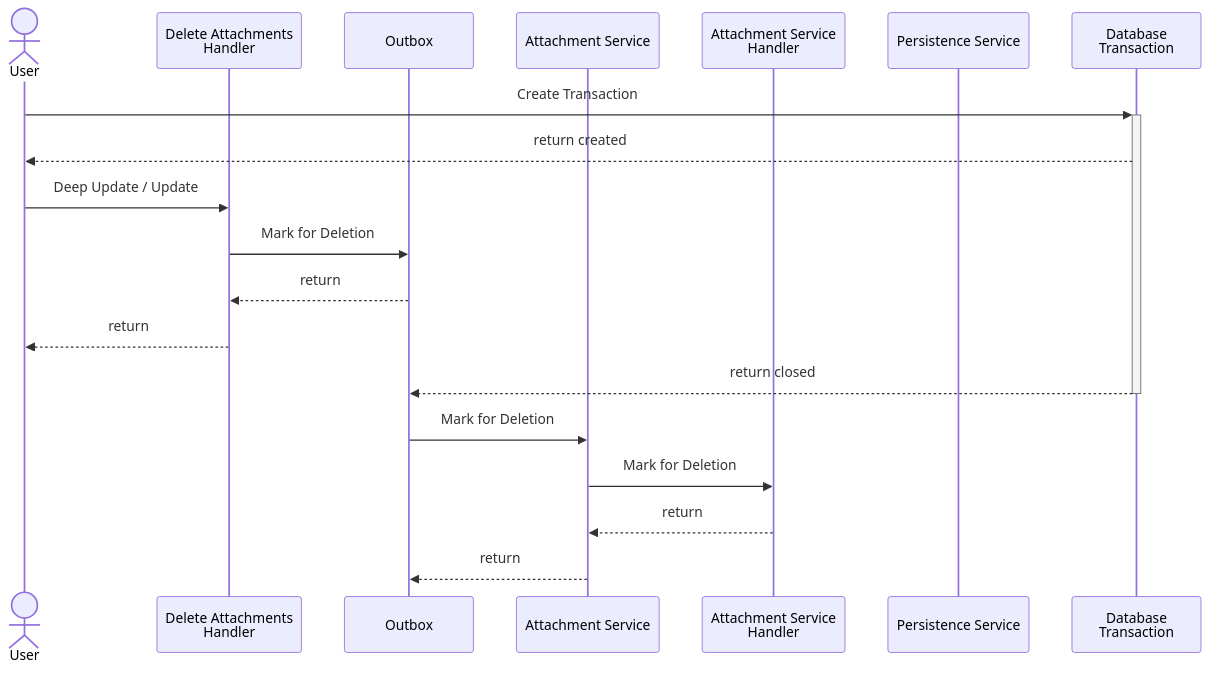
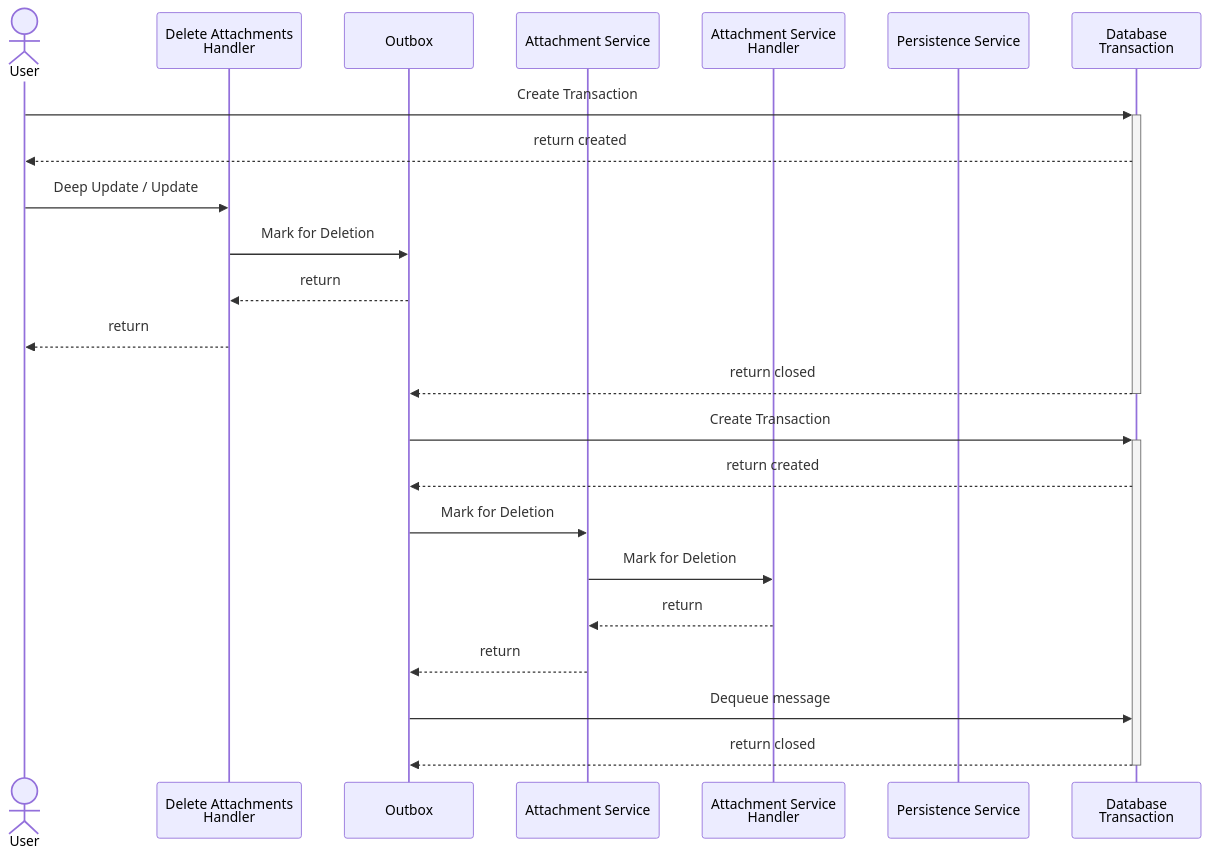
One commit to cap-java/cds-feature-attachments changed the third of 12 diagrams in doc/Processes.md. Above: the diagram before and after it, drawn with Mermaid.

Commit message:
fix: transaction to dequeue message

````diff
--- a/doc/Processes.md
+++ b/doc/Processes.md
@@ -113,24 +113,28 @@
 ```mermaid
 sequenceDiagram
     actor User
     participant H as Delete Attachments<br/>Handler
     participant OB as Outbox
     participant AS as Attachment Service
     participant ASH as Attachment Service<br/>Handler
     participant PS as Persistence Service
     participant DB as Database<br/>Transaction
 
     User->>+DB: Create Transaction
     DB-->>User: return created
 
     User->>H: Deep Update / Update
     H->>OB: Mark for Deletion
     OB-->>H: return
     H-->>User: return
 
     DB-->>-OB: return closed
+    OB->>+DB: Create Transaction
+    DB-->>OB: return created
     OB->>AS: Mark for Deletion
     AS->>ASH: Mark for Deletion
     ASH-->>AS: return
     AS-->>OB: return
+    OB->>DB: Dequeue message
+    DB-->>-OB: return closed
 ```
````
